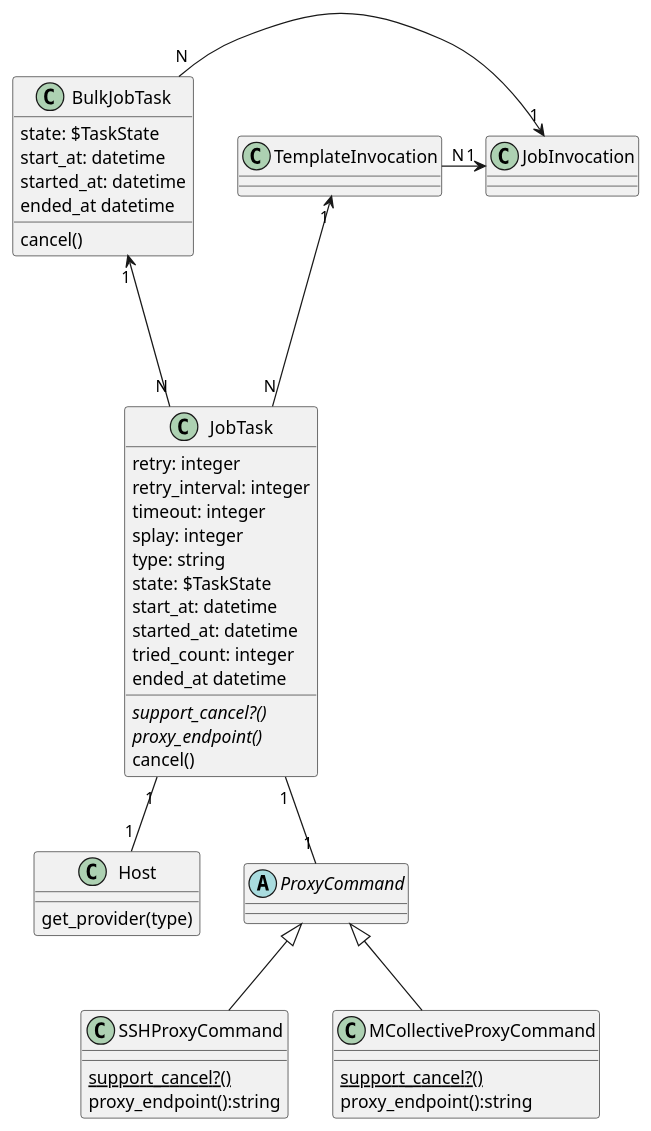
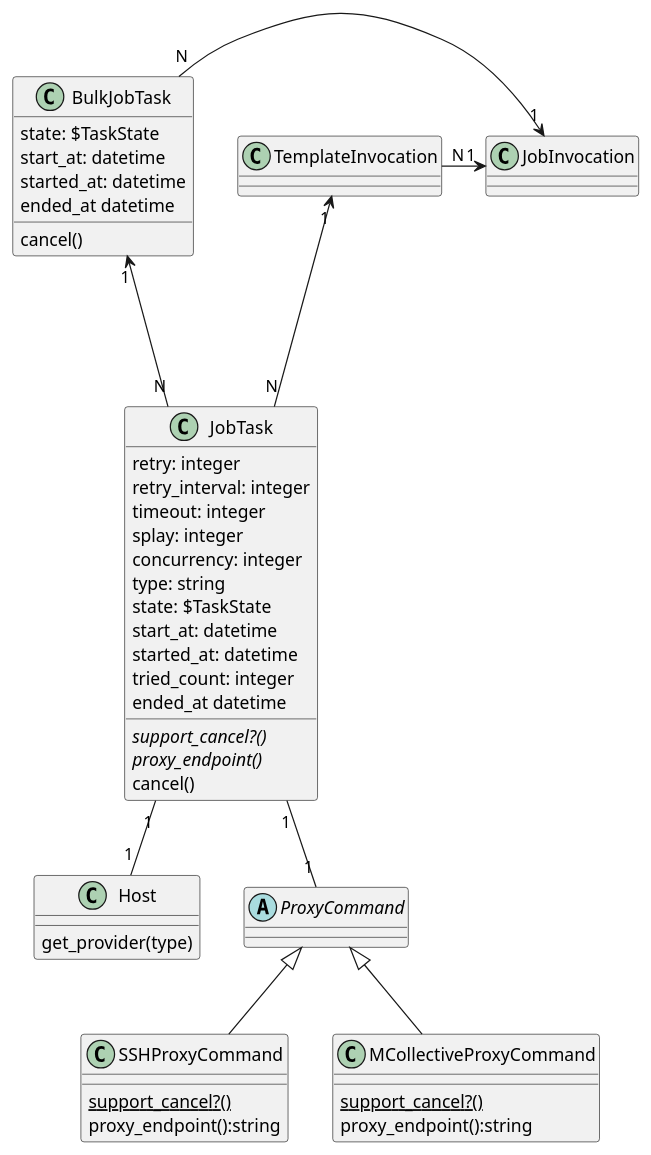
The eighth of 13 diagrams in doc/source/design/index.md (theforeman/foreman_remote_execution), drawn with PlantUML before and after one commit. The commit also changed other lines of this file, not shown here.

```diff
--- a/doc/source/design/index.md
+++ b/doc/source/design/index.md
@@ -647,55 +663,56 @@
 {% plantuml %}
 
 
 class Host {
   get_provider(type)
 }
 
 class BulkJobTask {
   state: $TaskState
   start_at: datetime
   started_at: datetime
   ended_at datetime
   cancel()
 }
 
 class JobTask {
   retry: integer
   retry_interval: integer
   timeout: integer
   splay: integer
+  concurrency: integer
   type: string
   state: $TaskState
   start_at: datetime
   started_at: datetime
   tried_count: integer
   ended_at datetime
   {abstract} support_cancel?()
   {abstract} proxy_endpoint()
   cancel()
 }
 
 abstract class ProxyCommand {
 }
 
 class SSHProxyCommand {
   {static} support_cancel?()
   proxy_endpoint():string
 }
 
 class MCollectiveProxyCommand {
   {static} support_cancel?()
   proxy_endpoint():string
 }
 
 BulkJobTask "N" -> "1" JobInvocation
 BulkJobTask "1" <-- "N" JobTask
 TemplateInvocation "N" -> "1" JobInvocation
 TemplateInvocation "1" <--- "N" JobTask
 JobTask "1" -- "1" ProxyCommand
 JobTask "1" -- "1" Host
 
 ProxyCommand <|-- SSHProxyCommand
 ProxyCommand <|-- MCollectiveProxyCommand
 
 {% endplantuml %}
```
